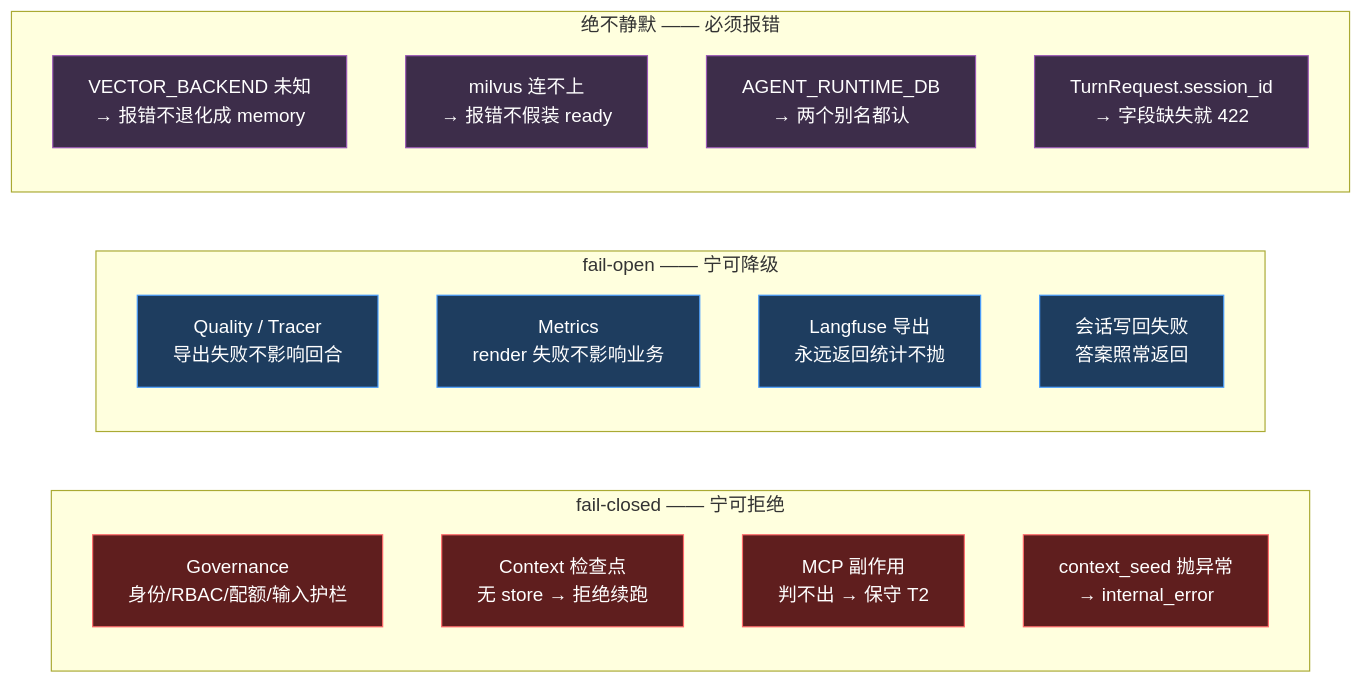
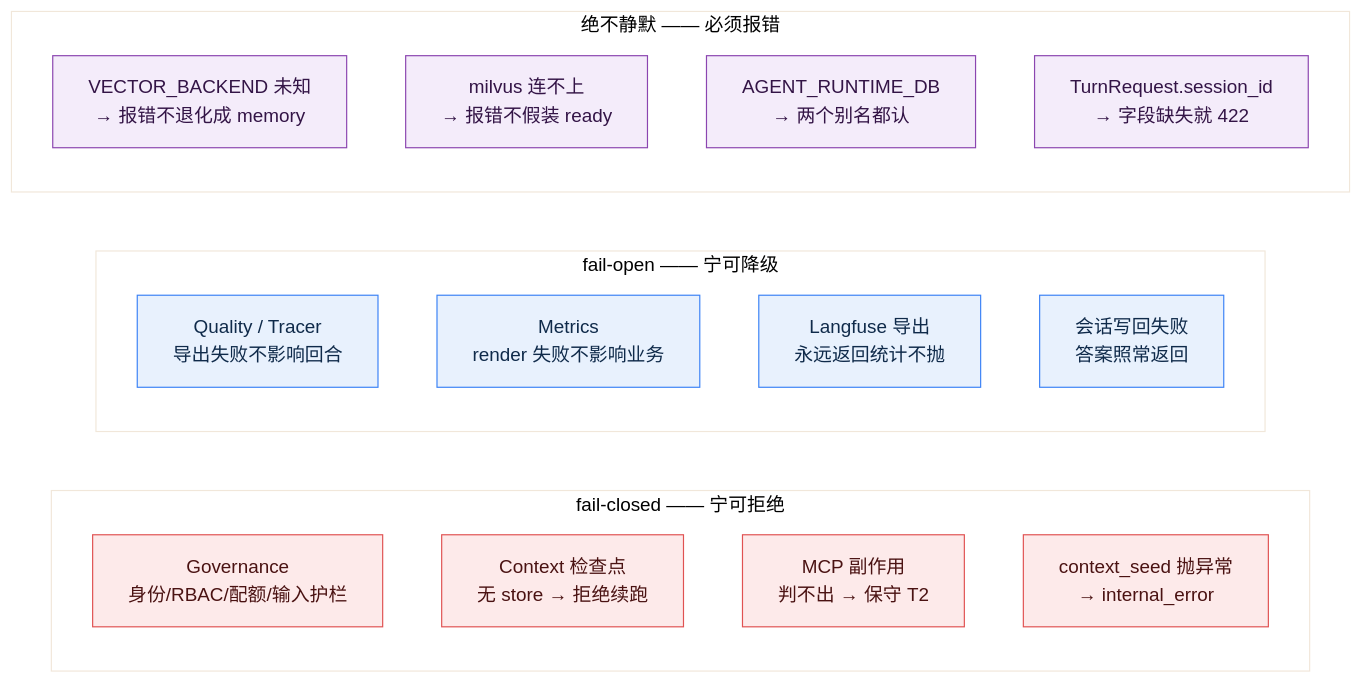
One commit to XiaoBinGan/Turing_AgentRuntime changed the third of 4 diagrams in docs/design/STATUS.md. Above: the diagram before and after it, drawn with Mermaid. The commit also changed other lines of this file and 5 other files, not shown here.

First line of the commit message:
Convert diagrams and site to a light theme

````diff
--- a/docs/design/STATUS.md
+++ b/docs/design/STATUS.md
@@ -161,30 +163,31 @@
 ```mermaid
+%%{init: {"theme":"base","themeVariables":{"background":"#ffffff","primaryColor":"#e8f1fd","primaryTextColor":"#1f2933","lineColor":"#9aa2ad","fontFamily":"-apple-system,BlinkMacSystemFont,Segoe UI,PingFang SC,sans-serif"}}}%%
 flowchart LR
-    classDef closed fill:#5f1e1e,stroke:#ff6b6b,color:#fff
-    classDef open fill:#1e3d5f,stroke:#4a9eff,color:#fff
-    classDef store fill:#3d2d4a,stroke:#9b59b6,color:#fff
+    classDef closed fill:#fdeaea,stroke:#e05252,color:#4a1212
+    classDef open fill:#e8f1fd,stroke:#3b82f6,color:#0f2a4a
+    classDef store fill:#f4ecfa,stroke:#8b45b0,color:#331446
 
     subgraph FAILCLOSED["fail-closed —— 宁可拒绝"]
         direction TB
         F1["Governance<br/>身份/RBAC/配额/输入护栏"]:::closed
         F2["Context 检查点<br/>无 store → 拒绝续跑"]:::closed
         F3["MCP 副作用<br/>判不出 → 保守 T2"]:::closed
         F4["context_seed 抛异常<br/>→ internal_error"]:::closed
     end
 
     subgraph FAILOPEN["fail-open —— 宁可降级"]
         direction TB
         O1["Quality / Tracer<br/>导出失败不影响回合"]:::open
         O2["Metrics<br/>render 失败不影响业务"]:::open
         O3["Langfuse 导出<br/>永远返回统计不抛"]:::open
         O4["会话写回失败<br/>答案照常返回"]:::open
     end
 
     subgraph NEVER["绝不静默 —— 必须报错"]
         direction TB
         N1["VECTOR_BACKEND 未知<br/>→ 报错不退化成 memory"]:::store
         N2["milvus 连不上<br/>→ 报错不假装 ready"]:::store
         N3["AGENT_RUNTIME_DB<br/>→ 两个别名都认"]:::store
         N4["TurnRequest.session_id<br/>→ 字段缺失就 422"]:::store
     end
 ```
````
